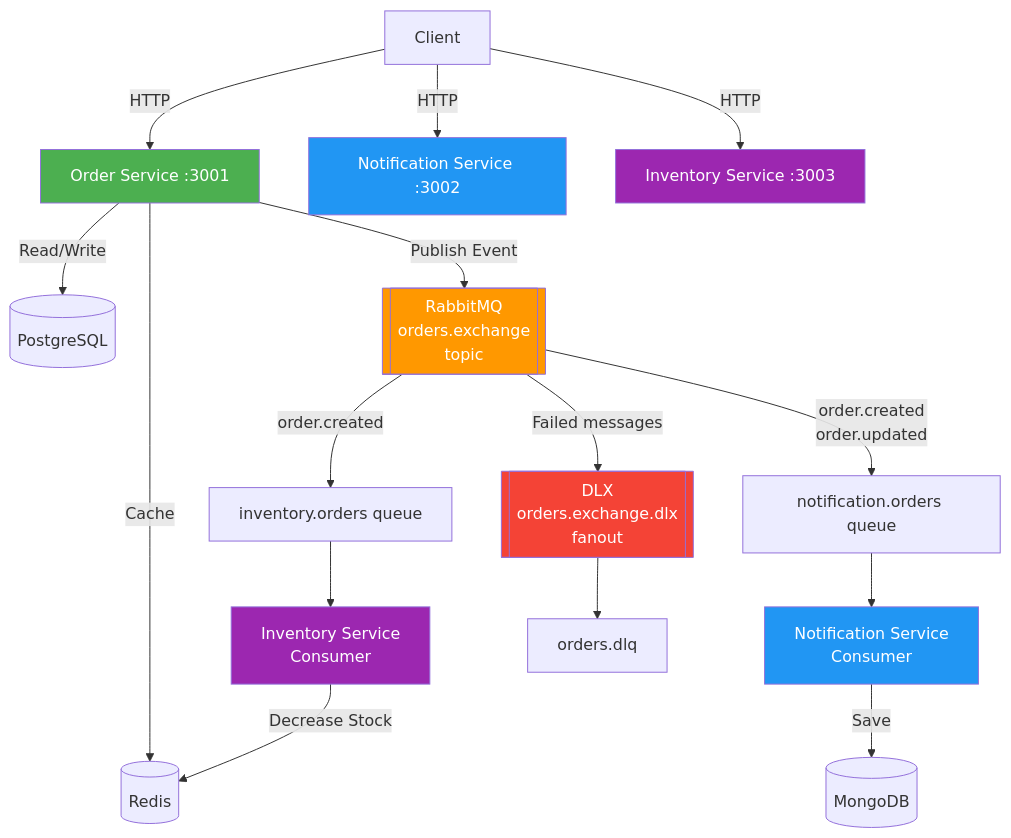
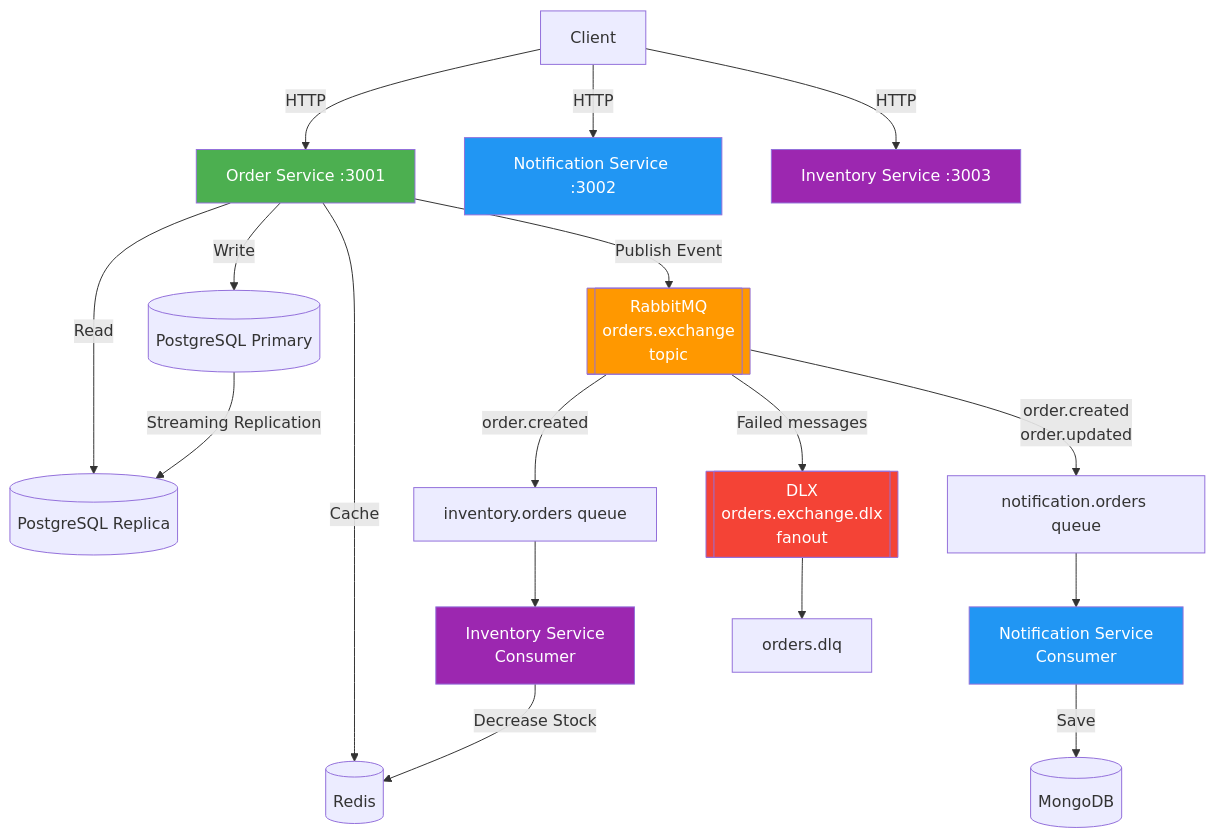
The first of 2 diagrams in README.md (fport/event-driven-ecommerce-api), drawn with Mermaid before and after one commit. The commit also changed other lines of this file and 26 other files, not shown here.

Commit message:
Implement PostgreSQL streaming replication with primary and replica setup in Docker configurations. Update services to utilize read/write splitting for database operations. Enhance shared package with Swagger integration for API documentation. Update README to reflect new architecture and features.

````diff
--- a/README.md
+++ b/README.md
@@ -9,30 +9,32 @@
 ```mermaid
 graph TB
     Client[Client] -->|HTTP| OS[Order Service :3001]
     Client -->|HTTP| NS_API[Notification Service :3002]
     Client -->|HTTP| IS_API[Inventory Service :3003]
 
-    OS -->|Read/Write| PG[(PostgreSQL)]
+    OS -->|Write| PG[(PostgreSQL Primary)]
+    OS -->|Read| PG_R[(PostgreSQL Replica)]
+    PG -->|Streaming Replication| PG_R
     OS -->|Cache| RD[(Redis)]
     OS -->|Publish Event| RMQ[[RabbitMQ\norders.exchange\ntopic]]
 
     RMQ -->|order.created\norder.updated| NQ[notification.orders queue]
     RMQ -->|order.created| IQ[inventory.orders queue]
 
     NQ --> NS[Notification Service\nConsumer]
     NS -->|Save| MDB[(MongoDB)]
 
     IQ --> IS[Inventory Service\nConsumer]
     IS -->|Decrease Stock| RD
 
     RMQ -->|Failed messages| DLX[[DLX\norders.exchange.dlx\nfanout]]
     DLX --> DLQ[orders.dlq]
 
     style OS fill:#4CAF50,color:#fff
     style NS fill:#2196F3,color:#fff
     style NS_API fill:#2196F3,color:#fff
     style IS fill:#9C27B0,color:#fff
     style IS_API fill:#9C27B0,color:#fff
     style RMQ fill:#FF9800,color:#fff
     style DLX fill:#f44336,color:#fff
 ```
````
